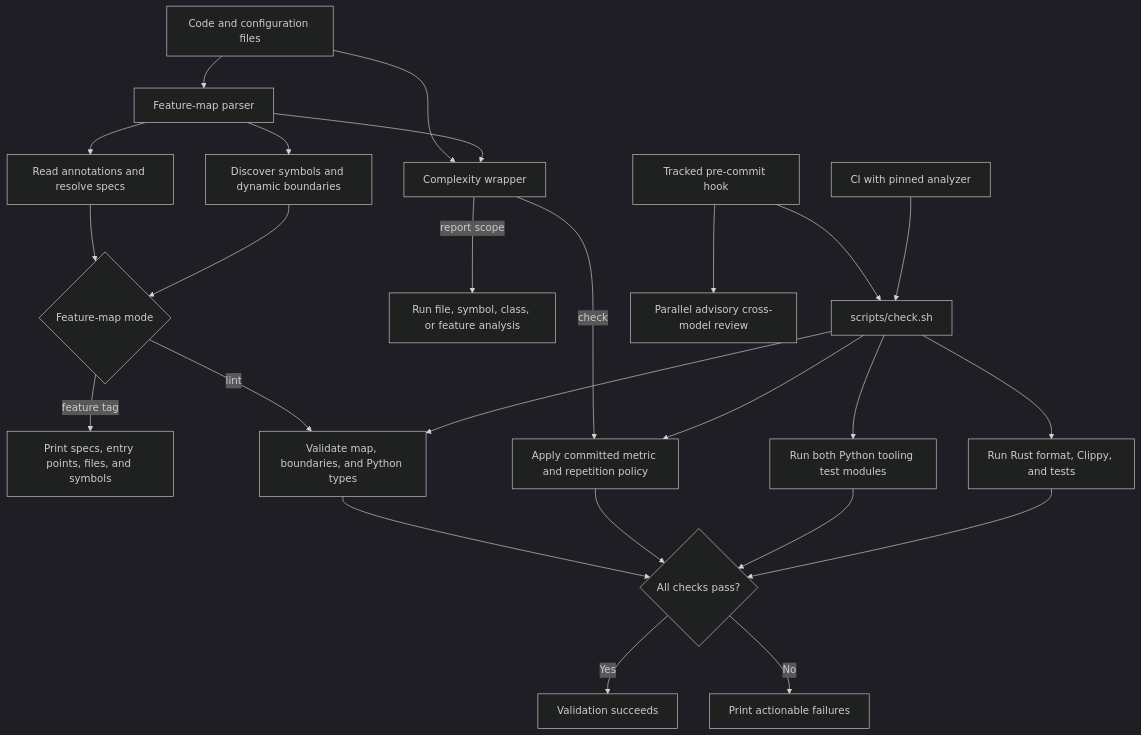
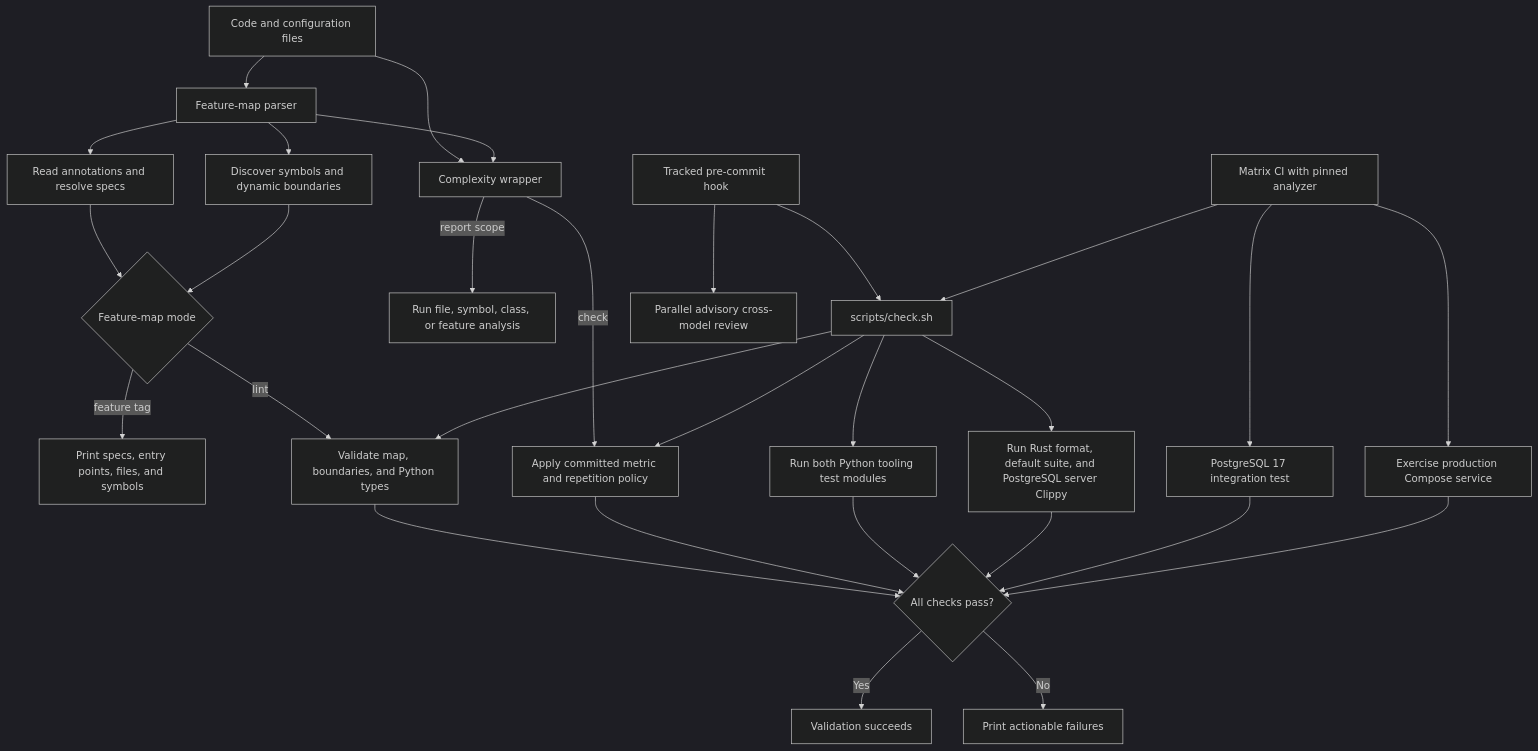
The diagram in docs/features/architecture-tooling.md (warrenronsiek/nexus), drawn with Mermaid (dark theme) before and after one commit. The commit also changed other lines of this file and 202 other files, not shown here.

````diff
--- a/docs/features/architecture-tooling.md
+++ b/docs/features/architecture-tooling.md
@@ -19,27 +19,31 @@
 ```mermaid
 flowchart TD
     A[Code and configuration files] --> B[Feature-map parser]
     B --> C[Read annotations and resolve specs]
     B --> D[Discover symbols and dynamic boundaries]
     C --> E{Feature-map mode}
     D --> E
     E -->|feature tag| F[Print specs, entry points, files, and symbols]
     E -->|lint| G[Validate map, boundaries, and Python types]
     A --> H[Complexity wrapper]
     B --> H
     H -->|report scope| I[Run file, symbol, class, or feature analysis]
     H -->|check| J[Apply committed metric and repetition policy]
     K[scripts/check.sh] --> G
     K --> J
     K --> L[Run both Python tooling test modules]
-    K --> M[Run Rust format, Clippy, and tests]
+    K --> M[Run Rust format, default suite, and PostgreSQL server Clippy]
     N[Tracked pre-commit hook] --> K
     N --> S[Parallel advisory cross-model review]
-    O[CI with pinned analyzer] --> K
+    O[Matrix CI with pinned analyzer] --> K
+    O --> PG[PostgreSQL 17 integration test]
+    O --> DI[Exercise production Compose service]
     G --> P{All checks pass?}
     J --> P
     L --> P
     M --> P
+    PG --> P
+    DI --> P
     P -->|Yes| Q[Validation succeeds]
     P -->|No| R[Print actionable failures]
 ```
````
